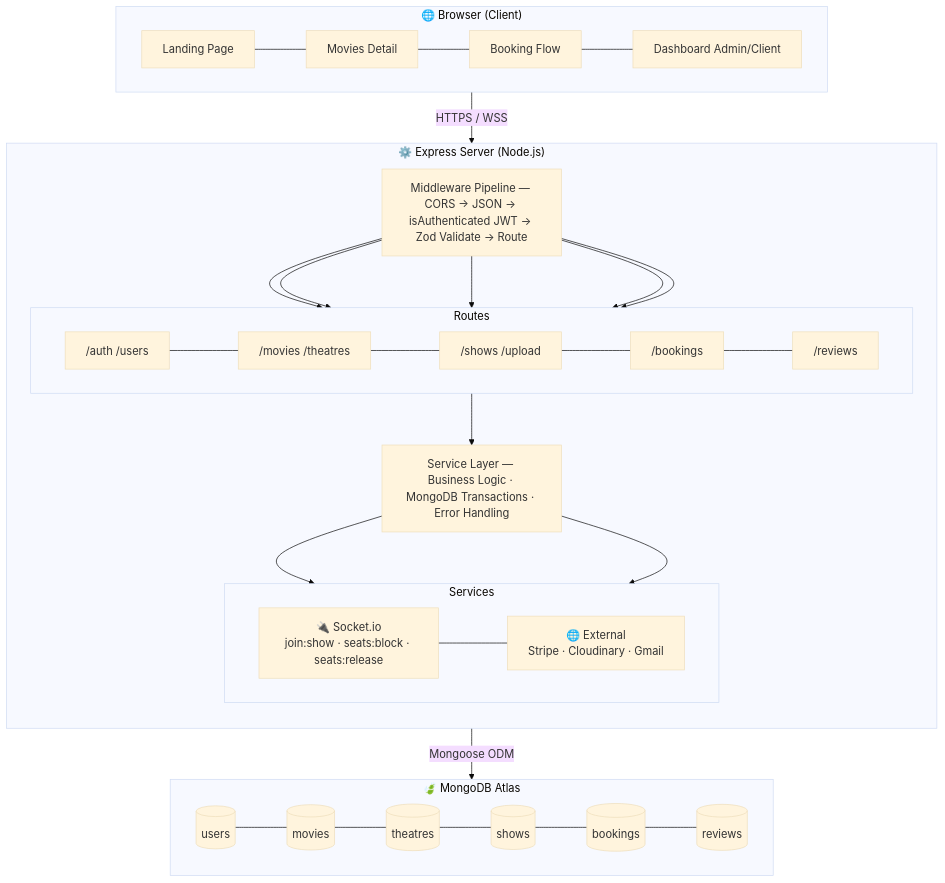
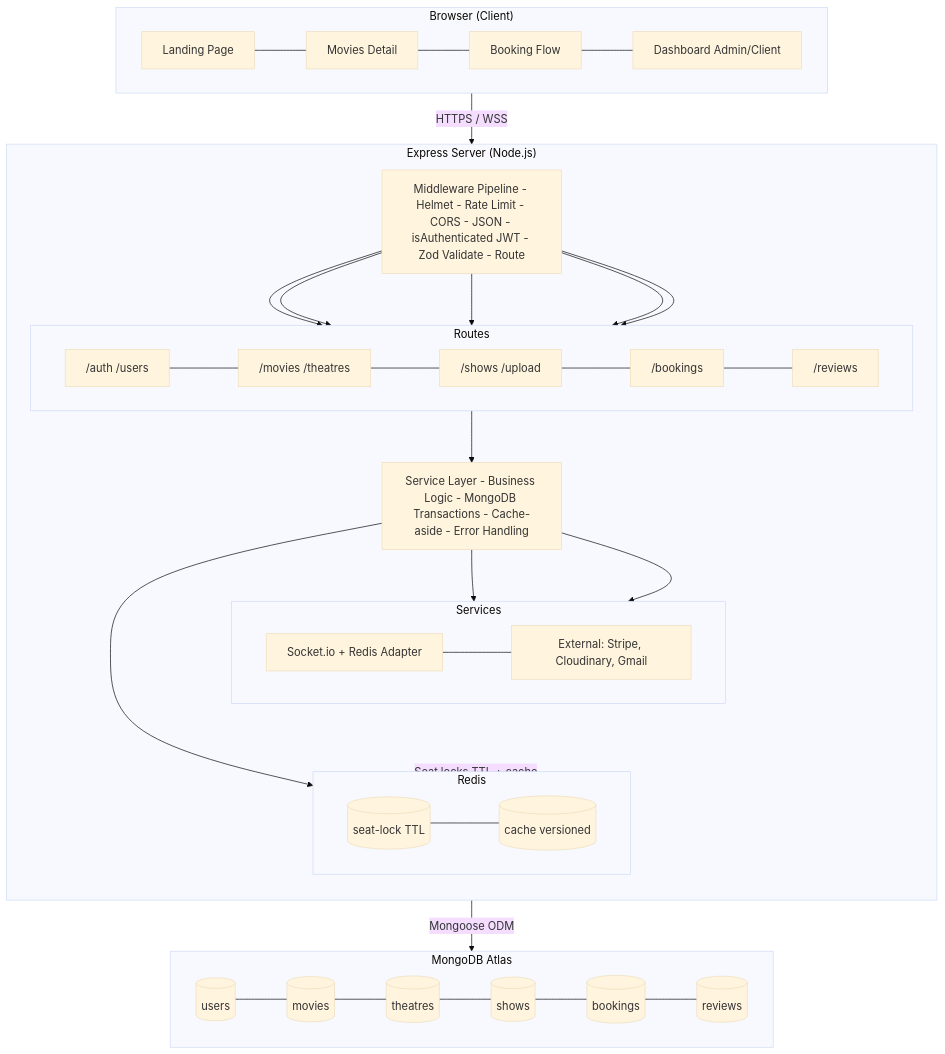
One commit to AmanBhaskar16/Ticket-Booking-Platform changed the first of 5 diagrams in README.md. Above: the diagram before and after it, drawn with Mermaid (base theme). The commit also changed other lines of this file, not shown here.

First line of the commit message:
Update README with Redis, Docker badges and details

````diff
--- a/README.md
+++ b/README.md
@@ -76,36 +85,42 @@
 ```mermaid
 flowchart TD
-    subgraph BROWSER["🌐 Browser (Client)"]
+    subgraph BROWSER["Browser (Client)"]
         direction LR
         LP[Landing Page] --- MD[Movies Detail] --- BF[Booking Flow] --- DA[Dashboard Admin/Client]
     end
 
     BROWSER -->|"HTTPS / WSS"| MW
 
-    subgraph SERVER["⚙️ Express Server (Node.js)"]
+    subgraph SERVER["Express Server (Node.js)"]
         direction TB
-        MW["Middleware Pipeline — CORS → JSON → isAuthenticated JWT → Zod Validate → Route"]
+        MW["Middleware Pipeline - Helmet - Rate Limit - CORS - JSON - isAuthenticated JWT - Zod Validate - Route"]
         MW --> R1 & R2 & R3 & R4 & R5
 
         subgraph ROUTES["Routes"]
             direction LR
             R1["/auth /users"] --- R2["/movies /theatres"] --- R3["/shows /upload"] --- R4["/bookings"] --- R5["/reviews"]
         end
 
         ROUTES --> SL
-        SL["Service Layer — Business Logic · MongoDB Transactions · Error Handling"]
-        SL --> SOC & EXT
+        SL["Service Layer - Business Logic - MongoDB Transactions - Cache-aside - Error Handling"]
+        SL --> SOC & EXT & CACHE
 
         subgraph SERVICES["Services"]
             direction LR
-            SOC["🔌 Socket.io\njoin:show · seats:block · seats:release"] --- EXT["🌐 External\nStripe · Cloudinary · Gmail"]
+            SOC["Socket.io + Redis Adapter"] --- EXT["External: Stripe, Cloudinary, Gmail"]
         end
     end
 
     SERVER -->|"Mongoose ODM"| MONGO
+    SERVER -->|"Seat locks TTL + cache"| CACHE
 
-    subgraph MONGO["🍃 MongoDB Atlas"]
+    subgraph MONGO["MongoDB Atlas"]
         direction LR
         C1[(users)] --- C2[(movies)] --- C3[(theatres)] --- C4[(shows)] --- C5[(bookings)] --- C6[(reviews)]
     end
+
+    subgraph CACHE["Redis"]
+        direction LR
+        RC1[(seat-lock TTL)] --- RC2[(cache versioned)]
+    end
 ```
````
